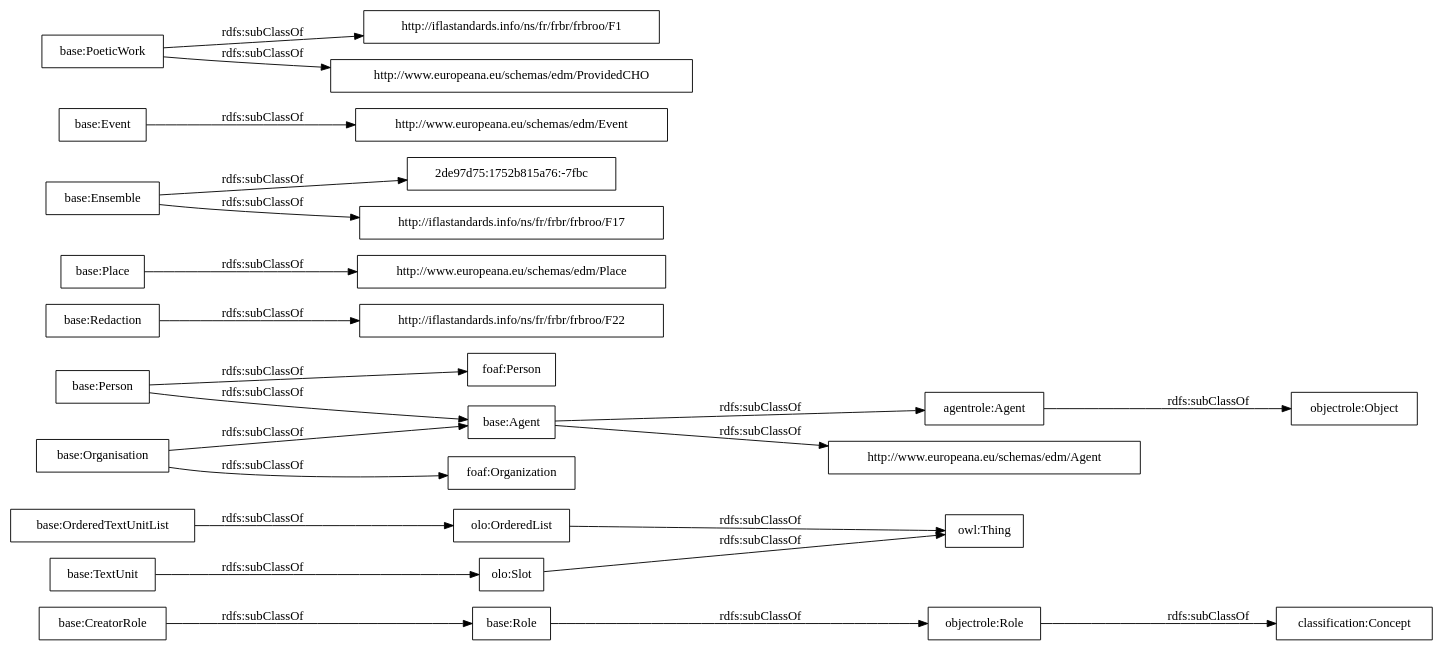
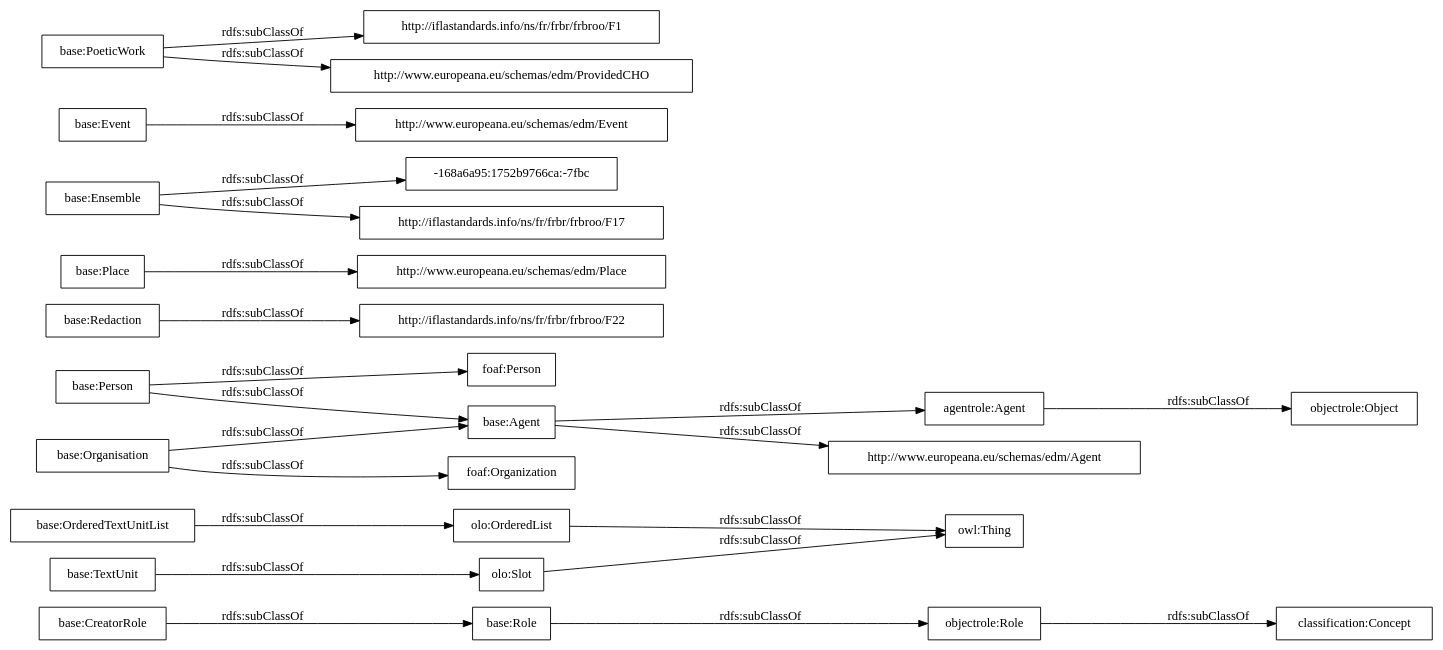
Before and after one commit to OnToologyUser/core-ontology-1: the diagram in OnToology/postdata-core.owl/diagrams/ar2dtool-taxonomy/postdata-core.owl.png.dot, drawn with Graphviz. The commit also changed 14 other files, not shown here.

```diff
--- a/OnToology/postdata-core.owl/diagrams/ar2dtool-taxonomy/postdata-core.owl.png.dot
+++ b/OnToology/postdata-core.owl/diagrams/ar2dtool-taxonomy/postdata-core.owl.png.dot
@@ -1,27 +1,27 @@
 digraph ar2dtool_diagram { 
 rankdir=LR;
 size="1000"
-node [shape = rectangle, color="black"]; "base:Role" "base:OrderedTextUnitList" "agentrole:Agent" "http://iflastandards.info/ns/fr/frbr/frbroo/F22" "http://www.europeana.eu/schemas/edm/Agent" "base:Agent" "base:CreatorRole" "base:Person" "base:Organisation" "http://www.europeana.eu/schemas/edm/Place" "base:Redaction" "base:Ensemble" "foaf:Person" "http://www.europeana.eu/schemas/edm/Event" "base:TextUnit" "http://iflastandards.info/ns/fr/frbr/frbroo/F1" "foaf:Organization" "http://www.europeana.eu/schemas/edm/ProvidedCHO" "base:Place" "base:Event" "2de97d75:1752b815a76:-7fbc" "base:PoeticWork" "http://iflastandards.info/ns/fr/frbr/frbroo/F17" "owl:Thing" "objectrole:Role" "objectrole:Object" "olo:Slot" "olo:OrderedList" "classification:Concept" ; /*classes style*/
+node [shape = rectangle, color="black"]; "base:Role" "base:OrderedTextUnitList" "agentrole:Agent" "http://iflastandards.info/ns/fr/frbr/frbroo/F22" "http://www.europeana.eu/schemas/edm/Agent" "base:Agent" "base:CreatorRole" "base:Person" "base:Organisation" "http://www.europeana.eu/schemas/edm/Place" "base:Redaction" "foaf:Person" "base:Ensemble" "http://www.europeana.eu/schemas/edm/Event" "base:TextUnit" "http://iflastandards.info/ns/fr/frbr/frbroo/F1" "foaf:Organization" "http://www.europeana.eu/schemas/edm/ProvidedCHO" "-168a6a95:1752b9766ca:-7fbc" "base:Place" "base:Event" "base:PoeticWork" "http://iflastandards.info/ns/fr/frbr/frbroo/F17" "owl:Thing" "objectrole:Role" "objectrole:Object" "olo:Slot" "olo:OrderedList" "classification:Concept" ; /*classes style*/
 	"base:Redaction" -> "http://iflastandards.info/ns/fr/frbr/frbroo/F22" [ label = "rdfs:subClassOf" ];
 	"base:Role" -> "objectrole:Role" [ label = "rdfs:subClassOf" ];
 	"base:Event" -> "http://www.europeana.eu/schemas/edm/Event" [ label = "rdfs:subClassOf" ];
 	"base:Person" -> "foaf:Person" [ label = "rdfs:subClassOf" ];
 	"base:Person" -> "base:Agent" [ label = "rdfs:subClassOf" ];
 	"olo:OrderedList" -> "owl:Thing" [ label = "rdfs:subClassOf" ];
 	"olo:Slot" -> "owl:Thing" [ label = "rdfs:subClassOf" ];
 	"base:PoeticWork" -> "http://www.europeana.eu/schemas/edm/ProvidedCHO" [ label = "rdfs:subClassOf" ];
 	"base:PoeticWork" -> "http://iflastandards.info/ns/fr/frbr/frbroo/F1" [ label = "rdfs:subClassOf" ];
 	"base:TextUnit" -> "olo:Slot" [ label = "rdfs:subClassOf" ];
 	"agentrole:Agent" -> "objectrole:Object" [ label = "rdfs:subClassOf" ];
-	"base:Ensemble" -> "2de97d75:1752b815a76:-7fbc" [ label = "rdfs:subClassOf" ];
+	"base:Ensemble" -> "-168a6a95:1752b9766ca:-7fbc" [ label = "rdfs:subClassOf" ];
 	"base:Ensemble" -> "http://iflastandards.info/ns/fr/frbr/frbroo/F17" [ label = "rdfs:subClassOf" ];
 	"base:OrderedTextUnitList" -> "olo:OrderedList" [ label = "rdfs:subClassOf" ];
 	"base:Agent" -> "agentrole:Agent" [ label = "rdfs:subClassOf" ];
 	"base:Agent" -> "http://www.europeana.eu/schemas/edm/Agent" [ label = "rdfs:subClassOf" ];
 	"objectrole:Role" -> "classification:Concept" [ label = "rdfs:subClassOf" ];
 	"base:Place" -> "http://www.europeana.eu/schemas/edm/Place" [ label = "rdfs:subClassOf" ];
 	"base:Organisation" -> "foaf:Organization" [ label = "rdfs:subClassOf" ];
 	"base:Organisation" -> "base:Agent" [ label = "rdfs:subClassOf" ];
 	"base:CreatorRole" -> "base:Role" [ label = "rdfs:subClassOf" ];
 
 }
```
